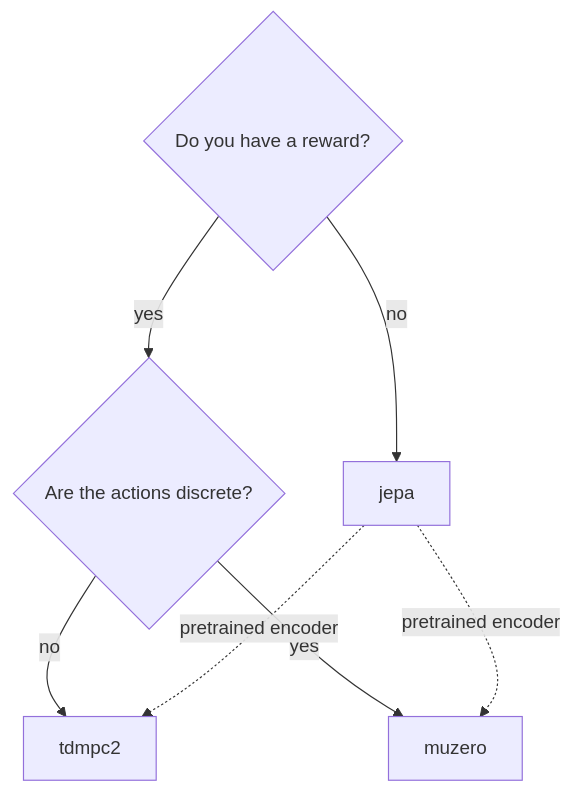
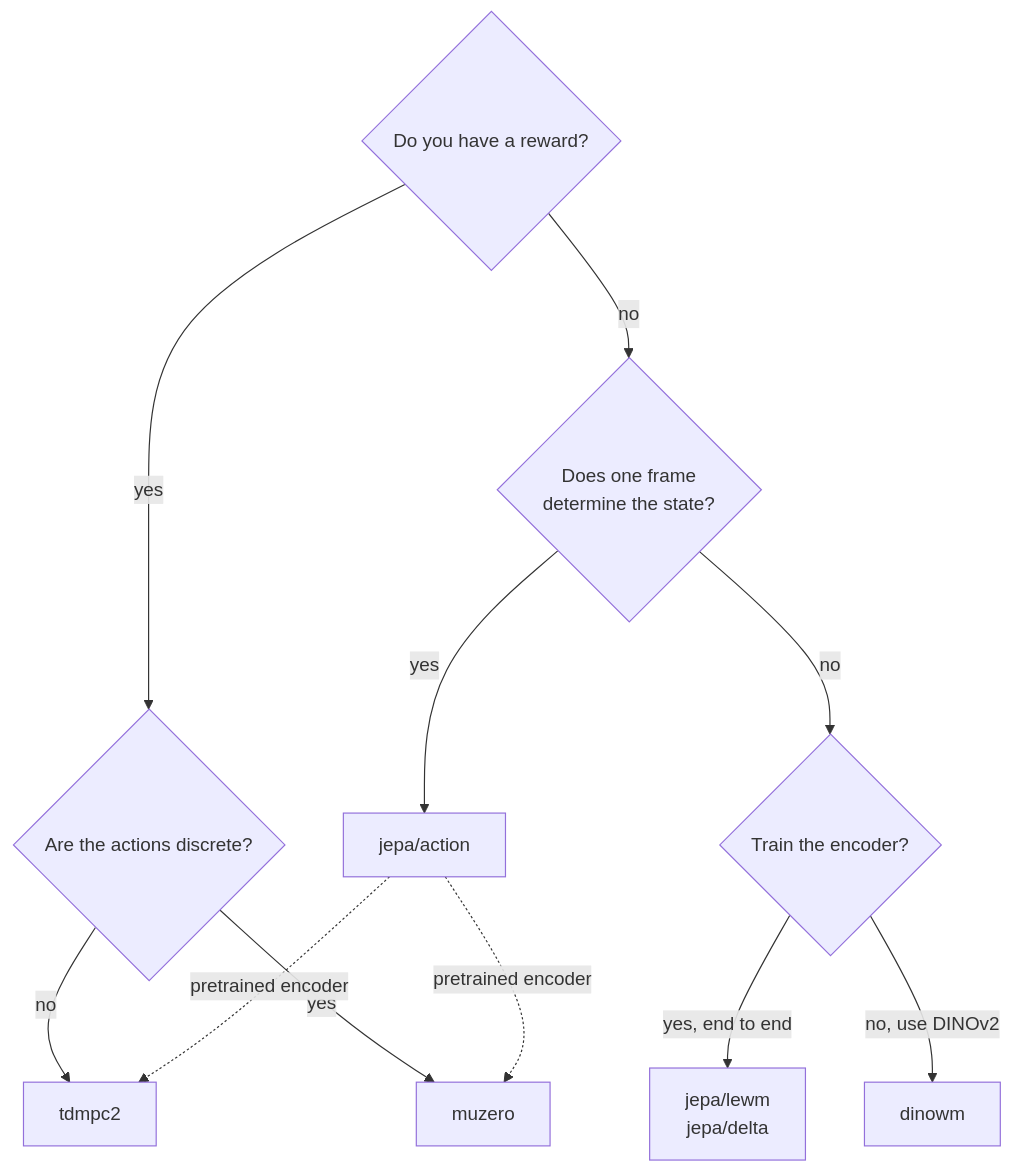
One commit to kamara-lab/xwm changed the diagram in docs/families/index.md. Above: the diagram before and after it, drawn with Mermaid. The commit also changed other lines of this file and 33 other files, not shown here.

First line of the commit message:
feat: add DINO-WM family with frozen DINOv2 encoder and patch-level dynamics

````diff
--- a/docs/families/index.md
+++ b/docs/families/index.md
@@ -14,9 +20,13 @@
 ```mermaid
 graph TD
-    A{Do you have a reward?} -->|no| B[jepa]
+    A{Do you have a reward?} -->|no| F{Does one frame<br/>determine the state?}
+    F -->|yes| B[jepa/action]
+    F -->|no| G{Train the encoder?}
+    G -->|"yes, end to end"| H[jepa/lewm<br/>jepa/delta]
+    G -->|"no, use DINOv2"| I[dinowm]
     A -->|yes| C{Are the actions discrete?}
     C -->|no| D[tdmpc2]
     C -->|yes| E[muzero]
     B -.->|pretrained encoder| D
     B -.->|pretrained encoder| E
 ```
````
